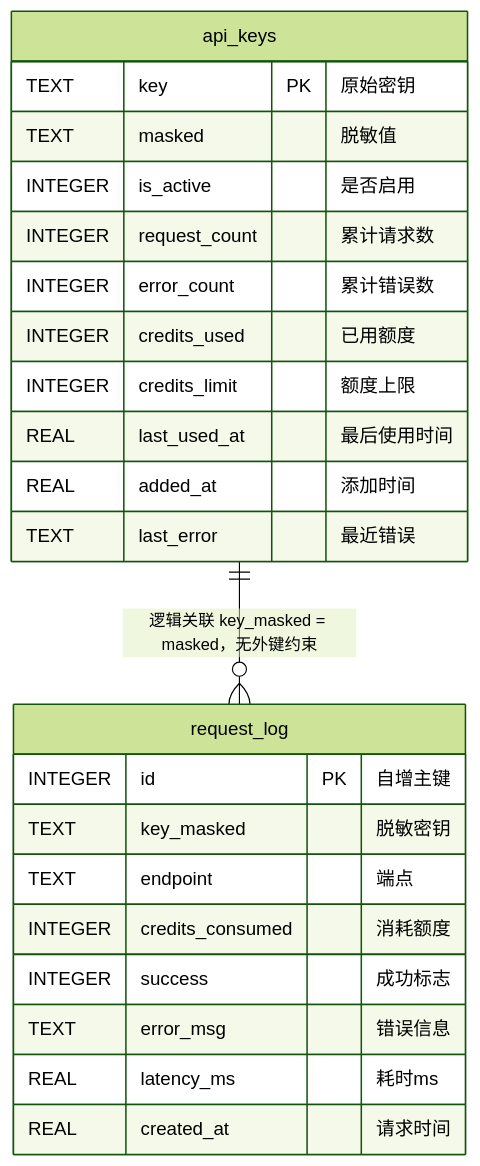
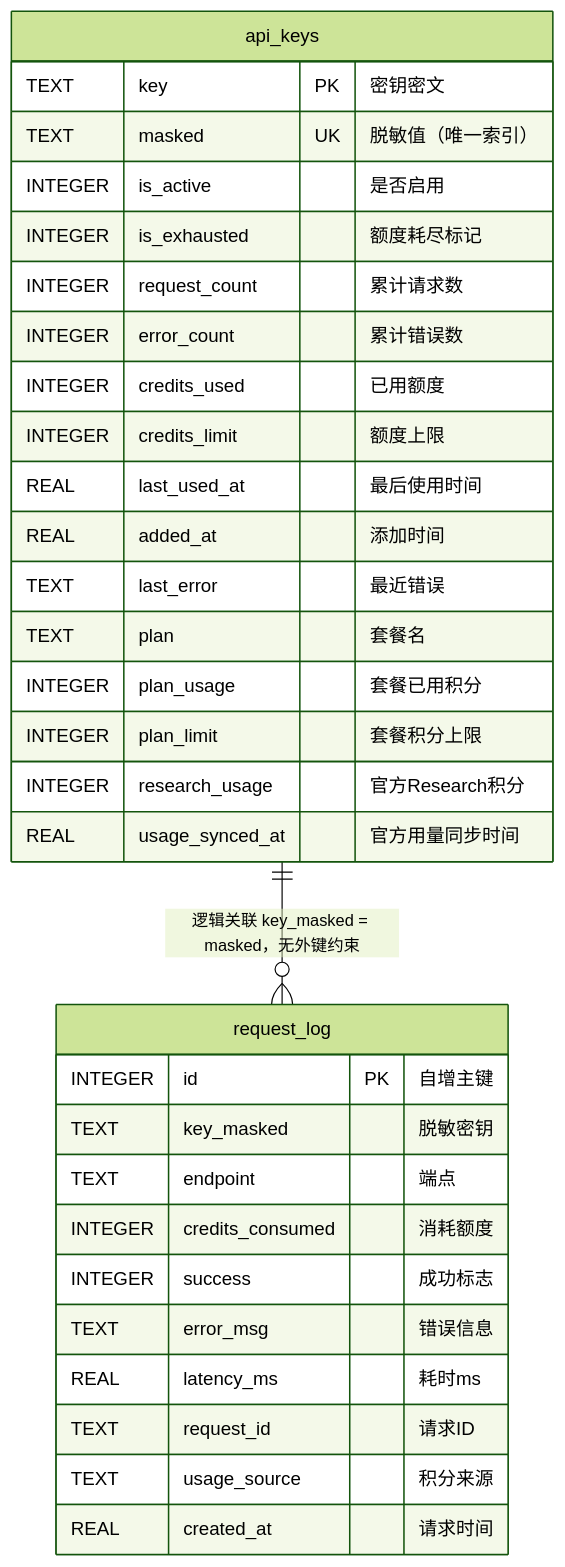
The first of 2 diagrams in docs/wiki/架构设计/数据模型.md (zylyes/tavily-key), drawn with Mermaid (forest theme) before and after one commit. The commit also changed other lines of this file and 16 other files, not shown here.

````diff
--- a/docs/wiki/架构设计/数据模型.md
+++ b/docs/wiki/架构设计/数据模型.md
@@ -128,26 +146,34 @@
 ```mermaid
 erDiagram
     api_keys ||--o{ request_log : "逻辑关联 key_masked = masked，无外键约束"
     api_keys {
-        TEXT key PK "原始密钥"
-        TEXT masked "脱敏值"
+        TEXT key PK "密钥密文"
+        TEXT masked UK "脱敏值（唯一索引）"
         INTEGER is_active "是否启用"
+        INTEGER is_exhausted "额度耗尽标记"
         INTEGER request_count "累计请求数"
         INTEGER error_count "累计错误数"
         INTEGER credits_used "已用额度"
         INTEGER credits_limit "额度上限"
         REAL last_used_at "最后使用时间"
         REAL added_at "添加时间"
         TEXT last_error "最近错误"
+        TEXT plan "套餐名"
+        INTEGER plan_usage "套餐已用积分"
+        INTEGER plan_limit "套餐积分上限"
+        INTEGER research_usage "官方Research积分"
+        REAL usage_synced_at "官方用量同步时间"
     }
     request_log {
         INTEGER id PK "自增主键"
         TEXT key_masked "脱敏密钥"
         TEXT endpoint "端点"
         INTEGER credits_consumed "消耗额度"
         INTEGER success "成功标志"
         TEXT error_msg "错误信息"
         REAL latency_ms "耗时ms"
+        TEXT request_id "请求ID"
+        TEXT usage_source "积分来源"
         REAL created_at "请求时间"
     }
 ```
````
